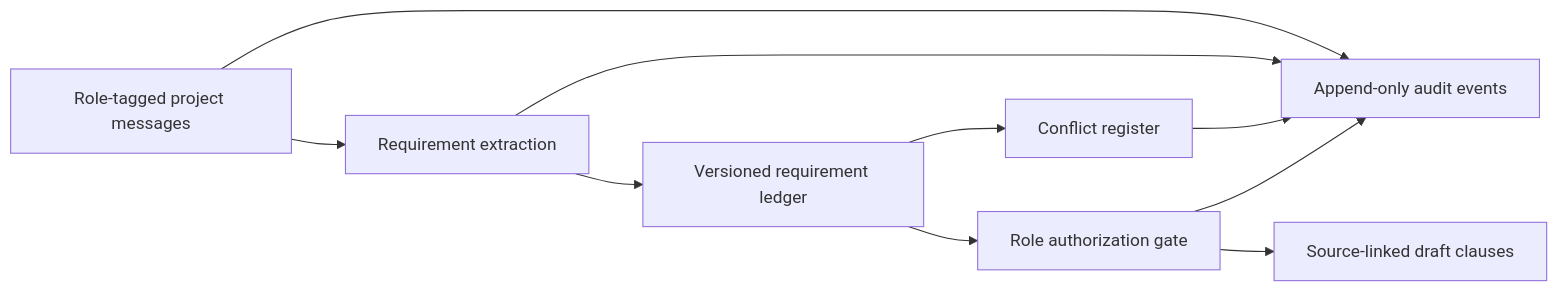
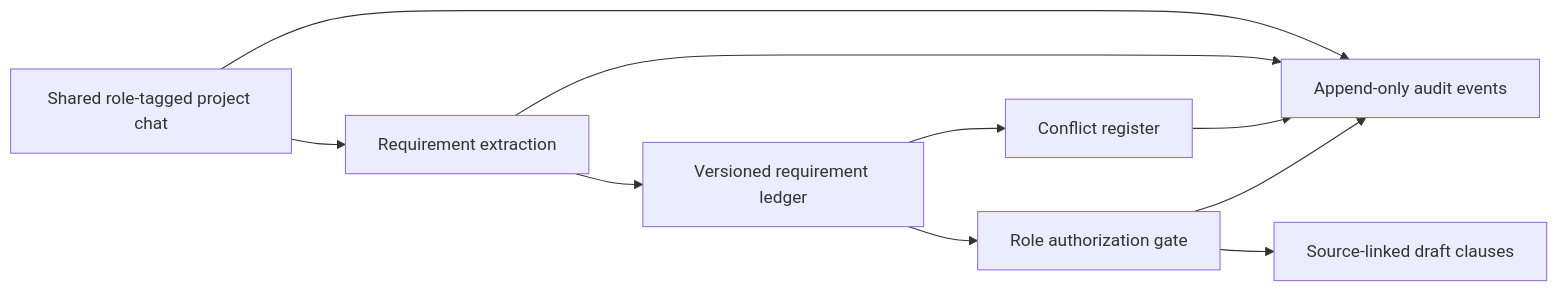
Before and after one commit to josiahsutd-stack/ai-portfolio: the fourth of 8 diagrams in docs/architecture-diagrams.md, drawn with Mermaid. The commit also changed other lines of this file and 20 other files, not shown here.

````diff
--- a/docs/architecture-diagrams.md
+++ b/docs/architecture-diagrams.md
@@ -46,12 +46,12 @@
 ```mermaid
 flowchart LR
-  A["Role-tagged project messages"] --> B["Requirement extraction"]
+  A["Shared role-tagged project chat"] --> B["Requirement extraction"]
   B --> C["Versioned requirement ledger"]
   C --> D["Conflict register"]
   C --> E["Role authorization gate"]
   E --> F["Source-linked draft clauses"]
   A --> G["Append-only audit events"]
   B --> G
   D --> G
   E --> G
 ```
````
